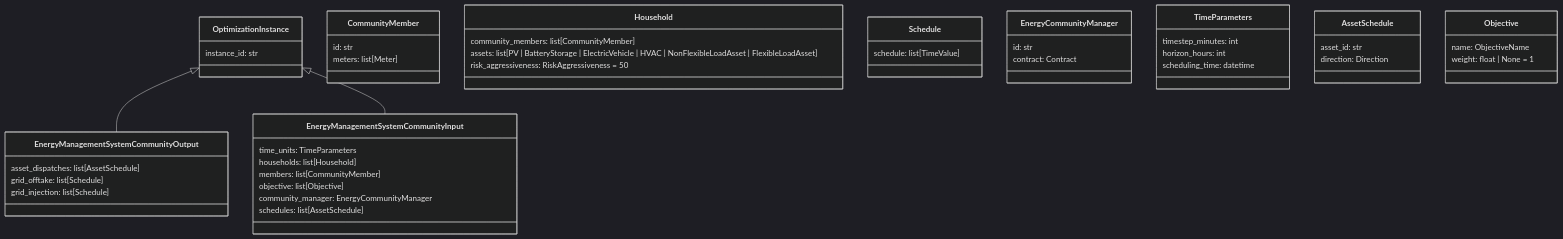
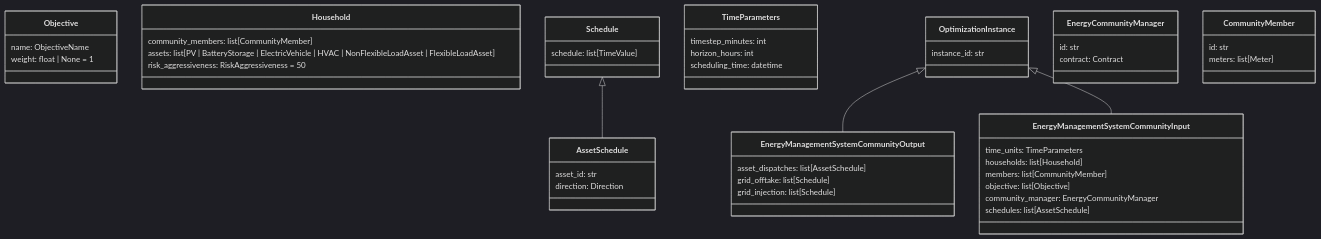
The diagram in doc/mermaid_charts/energy_management_system_community_dto.md (U2DemoProject/AlgorithmDTOsWP4T1), drawn with Mermaid (dark theme) before and after one commit. The commit also changed 9 other files, not shown here.

````diff
--- a/doc/mermaid_charts/energy_management_system_community_dto.md
+++ b/doc/mermaid_charts/energy_management_system_community_dto.md
@@ -1,63 +1,64 @@
 ```mermaid
 classDiagram
 
-    class EnergyManagementSystemCommunityOutput {
-        asset_dispatches: list[AssetSchedule]
-        grid_offtake: list[Schedule]
-        grid_injection: list[Schedule]
+    class Objective {
+        name: ObjectiveName
+        weight: float | None = 1
     }
 
-    class OptimizationInstance {
-        instance_id: str
-    }
-
-    class CommunityMember {
-        id: str
-        meters: list[Meter]
+    class EnergyManagementSystemCommunityInput {
+        time_units: TimeParameters
+        households: list[Household]
+        members: list[CommunityMember]
+        objective: list[Objective]
+        community_manager: EnergyCommunityManager
+        schedules: list[AssetSchedule]
     }
 
     class Household {
         community_members: list[CommunityMember]
         assets: list[PV | BatteryStorage | ElectricVehicle | HVAC | NonFlexibleLoadAsset | FlexibleLoadAsset]
         risk_aggressiveness: RiskAggressiveness = 50
     }
 
     class Schedule {
         schedule: list[TimeValue]
     }
 
-    class EnergyManagementSystemCommunityInput {
-        time_units: TimeParameters
-        households: list[Household]
-        members: list[CommunityMember]
-        objective: list[Objective]
-        community_manager: EnergyCommunityManager
-        schedules: list[AssetSchedule]
-    }
-
-    class EnergyCommunityManager {
-        id: str
-        contract: Contract
+    class EnergyManagementSystemCommunityOutput {
+        asset_dispatches: list[AssetSchedule]
+        grid_offtake: list[Schedule]
+        grid_injection: list[Schedule]
     }
 
     class TimeParameters {
         timestep_minutes: int
         horizon_hours: int
         scheduling_time: datetime
     }
 
+    class OptimizationInstance {
+        instance_id: str
+    }
+
+    class EnergyCommunityManager {
+        id: str
+        contract: Contract
+    }
+
+    class CommunityMember {
+        id: str
+        meters: list[Meter]
+    }
+
     class AssetSchedule {
         asset_id: str
         direction: Direction
     }
 
-    class Objective {
-        name: ObjectiveName
-        weight: float | None = 1
-    }
 
-
+    Schedule <|-- AssetSchedule
     OptimizationInstance <|-- EnergyManagementSystemCommunityOutput
     OptimizationInstance <|-- EnergyManagementSystemCommunityInput
 
 ```
````
